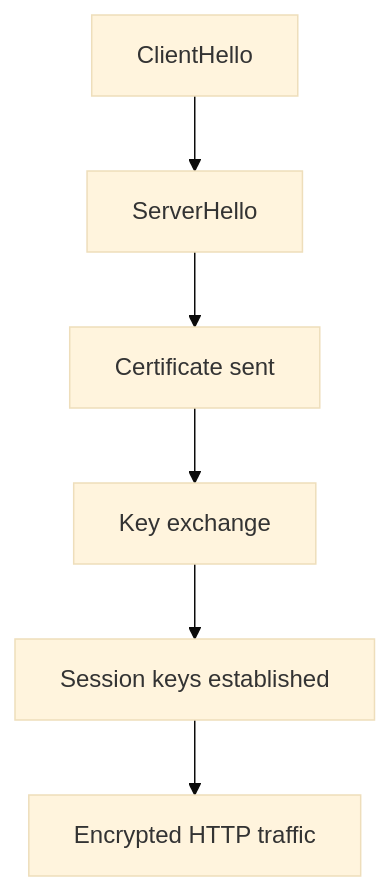
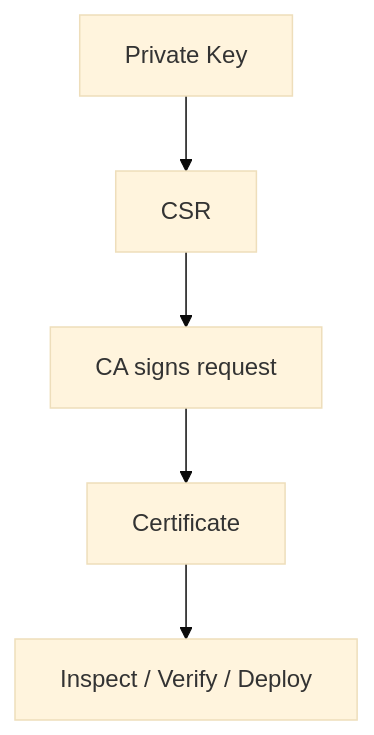
Diagram 16 of 29 in 06-WebServers/04-ssl-tls.md (ShasidharReddy/Linux), drawn with Mermaid (base theme) before and after one commit. The commit also changed other lines of this file and 25 other files, not shown here.

First line of the commit message:
docs: visual protocol guides with diagrams & educational images (#3)

````diff
--- a/06-WebServers/04-ssl-tls.md
+++ b/06-WebServers/04-ssl-tls.md
@@ -81,8 +960,7 @@
 ```mermaid
 graph TD
-    A["ClientHello"] --> B["ServerHello"]
-    B --> C["Certificate sent"]
-    C --> D["Key exchange"]
-    D --> E["Session keys established"]
-    E --> F["Encrypted HTTP traffic"]
+    KEY["Private Key"] --> CSR["CSR"]
+    CSR --> CA["CA signs request"]
+    CA --> CRT["Certificate"]
+    CRT --> VERIFY["Inspect / Verify / Deploy"]
 ```
````
